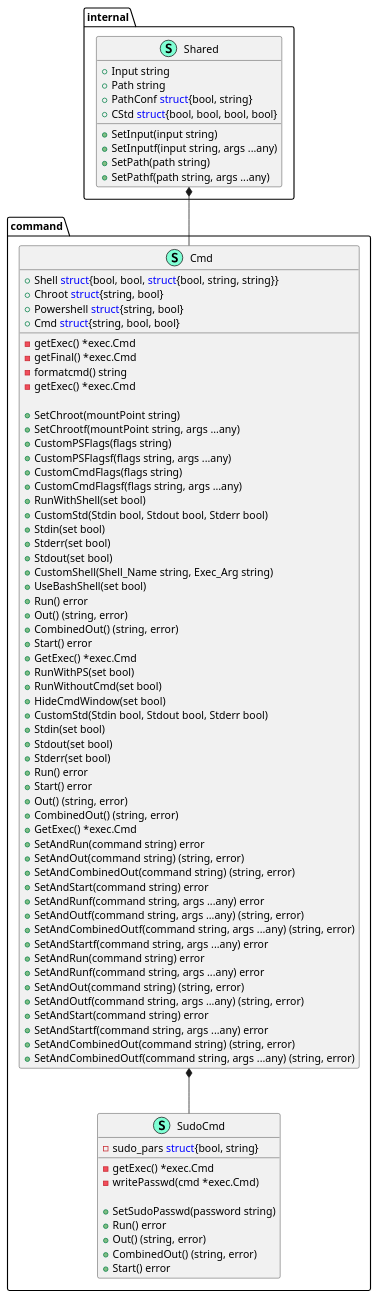
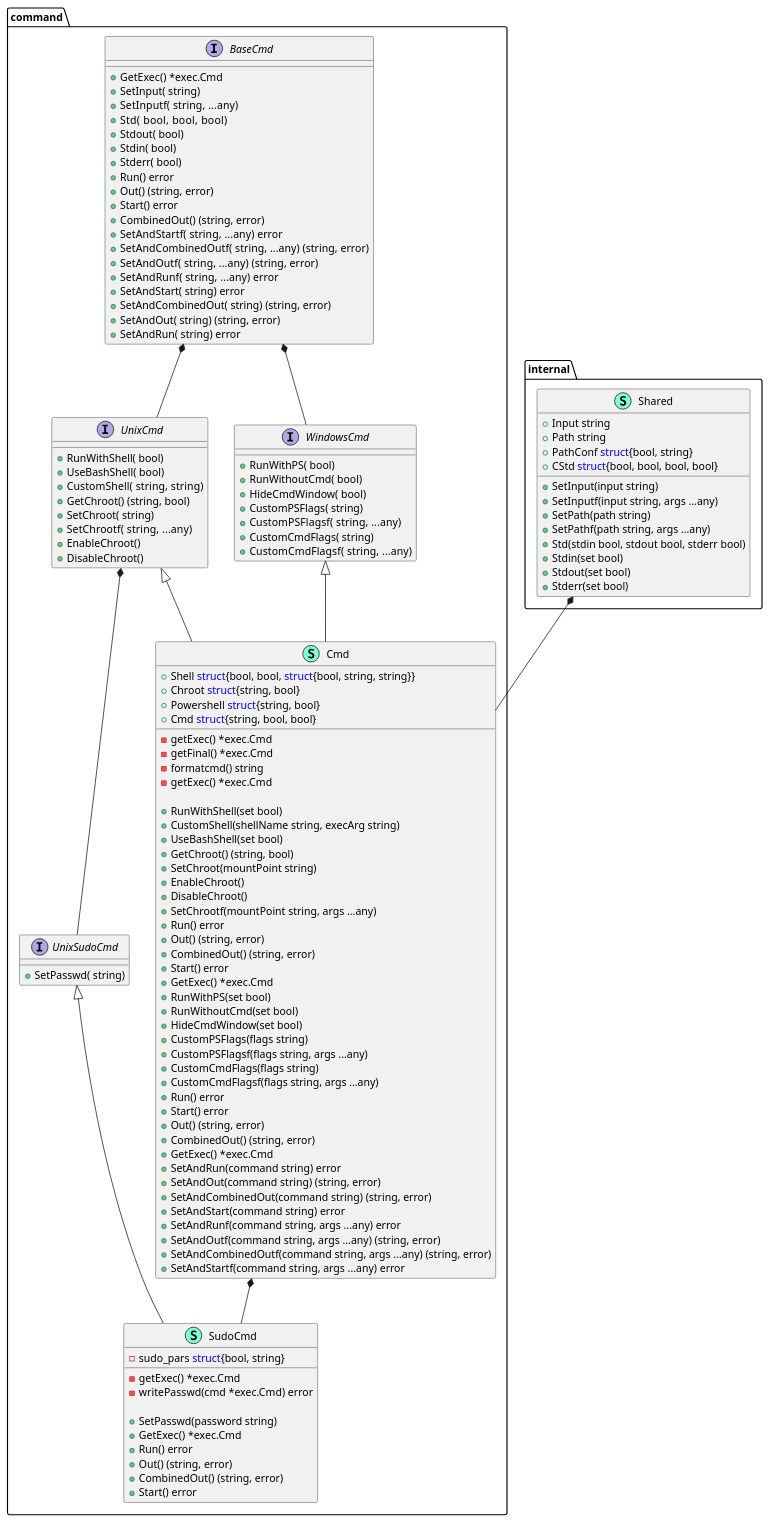
One commit to Tom5521/CmdRunTools changed the diagram in structure.puml. Above: the diagram before and after it, drawn with PlantUML. The commit also changed 8 other files, not shown here.

```diff
--- a/structure.puml
+++ b/structure.puml
@@ -1,96 +1,141 @@
 @startuml
 namespace command {
+    interface BaseCmd  {
+        + GetExec() *exec.Cmd
+        + SetInput( string) 
+        + SetInputf( string,  ...any) 
+        + Std( bool,  bool,  bool) 
+        + Stdout( bool) 
+        + Stdin( bool) 
+        + Stderr( bool) 
+        + Run() error
+        + Out() (string, error)
+        + Start() error
+        + CombinedOut() (string, error)
+        + SetAndStartf( string,  ...any) error
+        + SetAndCombinedOutf( string,  ...any) (string, error)
+        + SetAndOutf( string,  ...any) (string, error)
+        + SetAndRunf( string,  ...any) error
+        + SetAndStart( string) error
+        + SetAndCombinedOut( string) (string, error)
+        + SetAndOut( string) (string, error)
+        + SetAndRun( string) error
+
+    }
     class Cmd << (S,Aquamarine) >> {
         + Shell <font color=blue>struct</font>{bool, bool, <font color=blue>struct</font>{bool, string, string}}
         + Chroot <font color=blue>struct</font>{string, bool}
         + Powershell <font color=blue>struct</font>{string, bool}
         + Cmd <font color=blue>struct</font>{string, bool, bool}
 
         - getExec() *exec.Cmd
         - getFinal() *exec.Cmd
         - formatcmd() string
         - getExec() *exec.Cmd
 
+        + RunWithShell(set bool) 
+        + CustomShell(shellName string, execArg string) 
+        + UseBashShell(set bool) 
+        + GetChroot() (string, bool)
         + SetChroot(mountPoint string) 
+        + EnableChroot() 
+        + DisableChroot() 
         + SetChrootf(mountPoint string, args ...any) 
-        + CustomPSFlags(flags string) 
-        + CustomPSFlagsf(flags string, args ...any) 
-        + CustomCmdFlags(flags string) 
-        + CustomCmdFlagsf(flags string, args ...any) 
-        + RunWithShell(set bool) 
-        + CustomStd(Stdin bool, Stdout bool, Stderr bool) 
-        + Stdin(set bool) 
-        + Stderr(set bool) 
-        + Stdout(set bool) 
-        + CustomShell(Shell_Name string, Exec_Arg string) 
-        + UseBashShell(set bool) 
         + Run() error
         + Out() (string, error)
         + CombinedOut() (string, error)
         + Start() error
         + GetExec() *exec.Cmd
         + RunWithPS(set bool) 
         + RunWithoutCmd(set bool) 
         + HideCmdWindow(set bool) 
-        + CustomStd(Stdin bool, Stdout bool, Stderr bool) 
-        + Stdin(set bool) 
-        + Stdout(set bool) 
-        + Stderr(set bool) 
+        + CustomPSFlags(flags string) 
+        + CustomPSFlagsf(flags string, args ...any) 
+        + CustomCmdFlags(flags string) 
+        + CustomCmdFlagsf(flags string, args ...any) 
         + Run() error
         + Start() error
         + Out() (string, error)
         + CombinedOut() (string, error)
         + GetExec() *exec.Cmd
         + SetAndRun(command string) error
         + SetAndOut(command string) (string, error)
         + SetAndCombinedOut(command string) (string, error)
         + SetAndStart(command string) error
         + SetAndRunf(command string, args ...any) error
         + SetAndOutf(command string, args ...any) (string, error)
         + SetAndCombinedOutf(command string, args ...any) (string, error)
         + SetAndStartf(command string, args ...any) error
-        + SetAndRun(command string) error
-        + SetAndRunf(command string, args ...any) error
-        + SetAndOut(command string) (string, error)
-        + SetAndOutf(command string, args ...any) (string, error)
-        + SetAndStart(command string) error
-        + SetAndStartf(command string, args ...any) error
-        + SetAndCombinedOut(command string) (string, error)
-        + SetAndCombinedOutf(command string, args ...any) (string, error)
 
     }
     class SudoCmd << (S,Aquamarine) >> {
         - sudo_pars <font color=blue>struct</font>{bool, string}
 
         - getExec() *exec.Cmd
-        - writePasswd(cmd *exec.Cmd) 
+        - writePasswd(cmd *exec.Cmd) error
 
-        + SetSudoPasswd(password string) 
+        + SetPasswd(password string) 
+        + GetExec() *exec.Cmd
         + Run() error
         + Out() (string, error)
         + CombinedOut() (string, error)
         + Start() error
 
     }
+    interface UnixCmd  {
+        + RunWithShell( bool) 
+        + UseBashShell( bool) 
+        + CustomShell( string,  string) 
+        + GetChroot() (string, bool)
+        + SetChroot( string) 
+        + SetChrootf( string,  ...any) 
+        + EnableChroot() 
+        + DisableChroot() 
+
+    }
+    interface UnixSudoCmd  {
+        + SetPasswd( string) 
+
+    }
+    interface WindowsCmd  {
+        + RunWithPS( bool) 
+        + RunWithoutCmd( bool) 
+        + HideCmdWindow( bool) 
+        + CustomPSFlags( string) 
+        + CustomPSFlagsf( string,  ...any) 
+        + CustomCmdFlags( string) 
+        + CustomCmdFlagsf( string,  ...any) 
+
+    }
 }
 "internal.Shared" *-- "command.Cmd"
 "command.Cmd" *-- "command.SudoCmd"
+"command.BaseCmd" *-- "command.UnixCmd"
+"command.UnixCmd" *-- "command.UnixSudoCmd"
+"command.BaseCmd" *-- "command.WindowsCmd"
 
+"command.UnixCmd" <|-- "command.Cmd"
+"command.WindowsCmd" <|-- "command.Cmd"
+"command.UnixSudoCmd" <|-- "command.SudoCmd"
 
 namespace internal {
     class Shared << (S,Aquamarine) >> {
         + Input string
         + Path string
         + PathConf <font color=blue>struct</font>{bool, string}
         + CStd <font color=blue>struct</font>{bool, bool, bool, bool}
 
         + SetInput(input string) 
         + SetInputf(input string, args ...any) 
         + SetPath(path string) 
         + SetPathf(path string, args ...any) 
+        + Std(stdin bool, stdout bool, stderr bool) 
+        + Stdin(set bool) 
+        + Stdout(set bool) 
+        + Stderr(set bool) 
 
     }
 }
 
 
 @enduml
```
